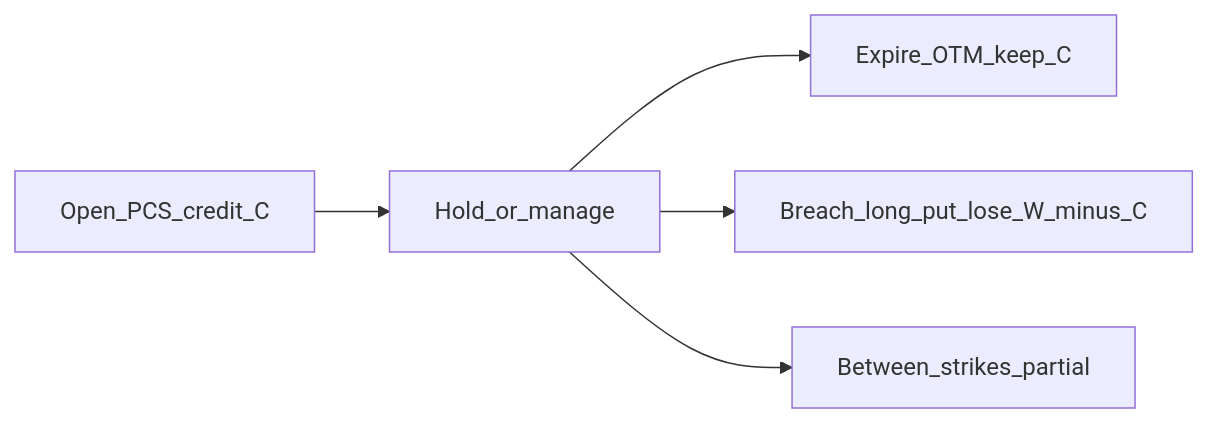
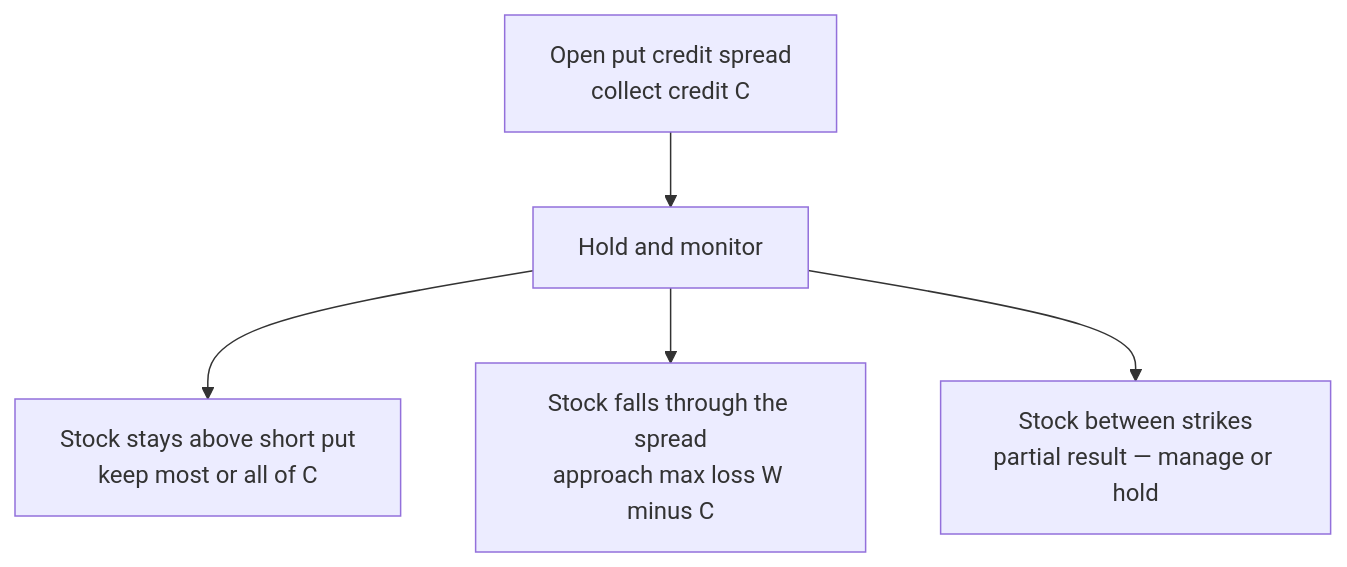
Before and after one commit to smmiri/spruce-kb: the diagram in docs/01-foundations/payoff-diagrams-credit-spreads.md, drawn with Mermaid. The commit also changed other lines of this file and 18 other files, not shown here.

Commit message:
Rewrite curriculum for readability: narrative flow, SVG payoffs, MathJax, broker tables.

````diff
--- a/docs/01-foundations/payoff-diagrams-credit-spreads.md
+++ b/docs/01-foundations/payoff-diagrams-credit-spreads.md
@@ -67,7 +155,7 @@
 ```mermaid
-flowchart LR
-  open[Open_PCS_credit_C] --> hold[Hold_or_manage]
-  hold --> win[Expire_OTM_keep_C]
-  hold --> lose[Breach_long_put_lose_W_minus_C]
-  hold --> mid[Between_strikes_partial]
+flowchart TD
+  A[Open put credit spread<br/>collect credit C] --> B[Hold and monitor]
+  B --> C[Stock stays above short put<br/>keep most or all of C]
+  B --> D[Stock falls through the spread<br/>approach max loss W minus C]
+  B --> E[Stock between strikes<br/>partial result — manage or hold]
 ```
````
